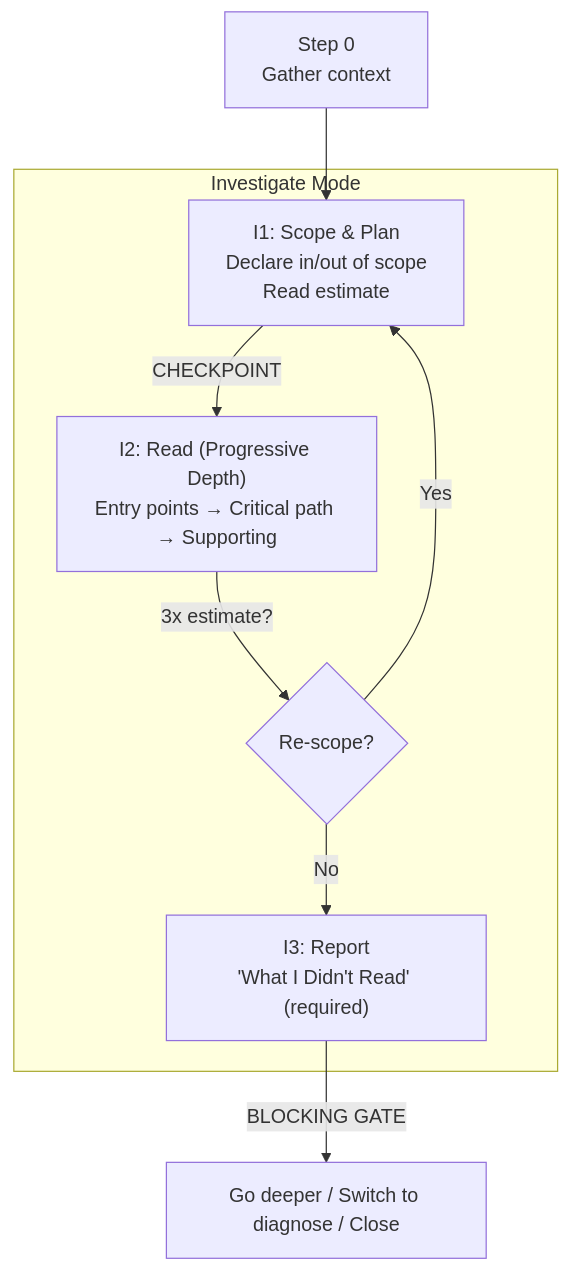
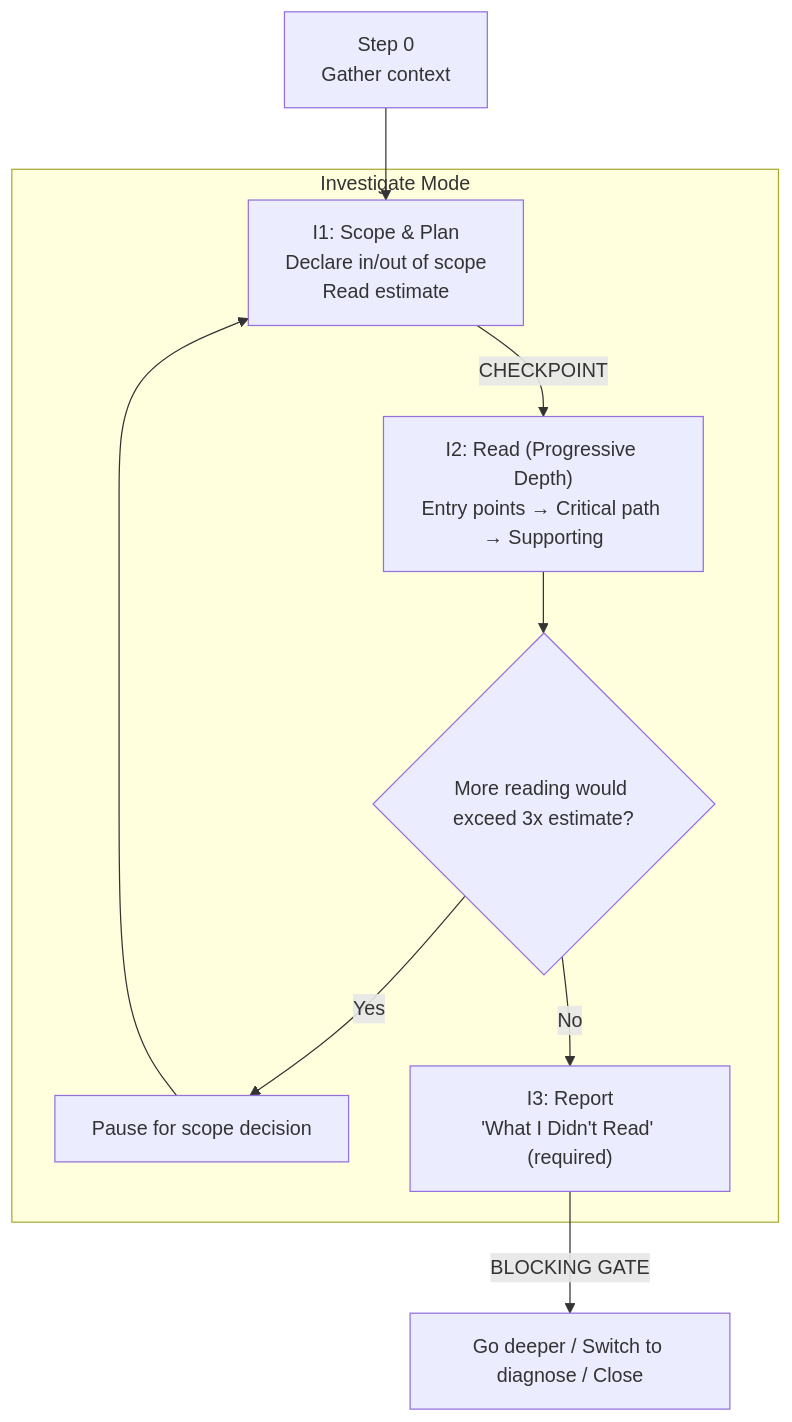
One commit to blundergoat/goat-flow changed the fourth of 9 diagrams in docs/skills.md. Above: the diagram before and after it, drawn with Mermaid. The commit also changed other lines of this file, not shown here.

````diff
--- a/docs/skills.md
+++ b/docs/skills.md
@@ -156,14 +161,15 @@
 ```mermaid
 flowchart TD
     S0["Step 0\nGather context"] --> I1
 
     subgraph Investigate["Investigate Mode"]
         I1["I1: Scope & Plan\nDeclare in/out of scope\nRead estimate"]
         I1 -->|"CHECKPOINT"| I2["I2: Read (Progressive Depth)\nEntry points → Critical path → Supporting"]
-        I2 -->|"3x estimate?"| Check{"Re-scope?"}
-        Check -->|Yes| I1
+        I2 --> Check{"More reading would exceed 3x estimate?"}
+        Check -->|Yes| Pause["Pause for scope decision"]
+        Pause --> I1
         Check -->|No| I3["I3: Report\n'What I Didn't Read' (required)"]
     end
 
     I3 -->|"BLOCKING GATE"| Close["Go deeper / Switch to diagnose / Close"]
 ```
````
